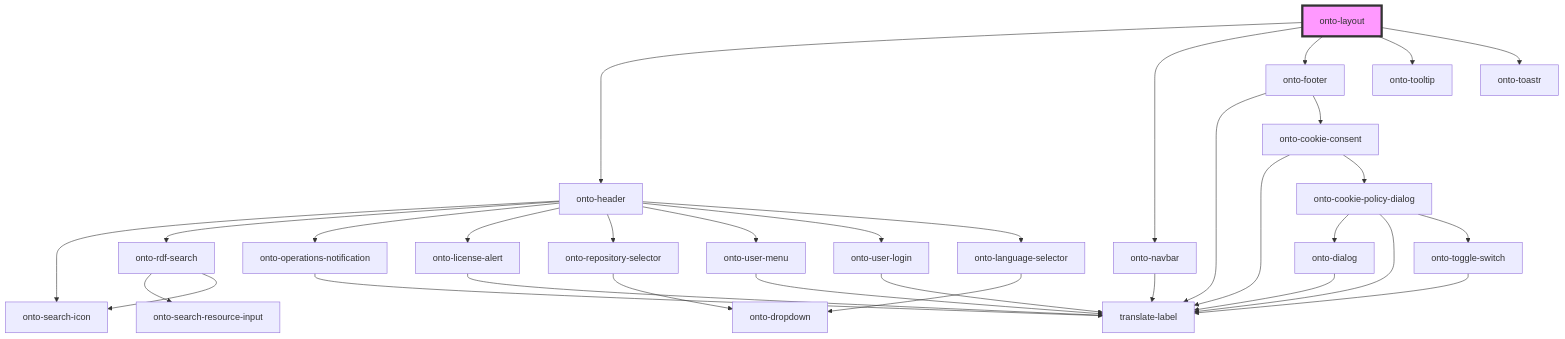
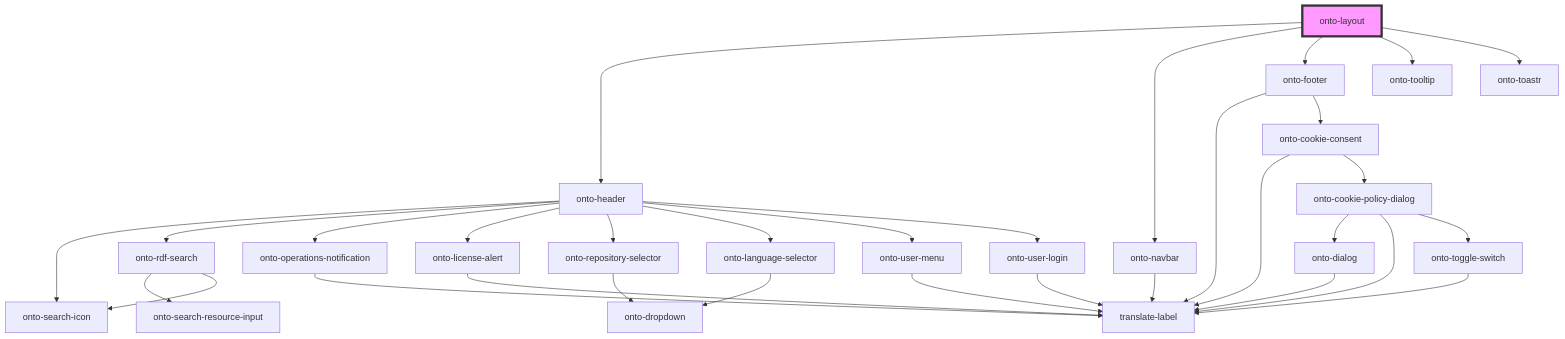
One commit to Ontotext-AD/graphdb-workbench changed the diagram in packages/shared-components/src/components/onto-layout/readme.md. Above: the diagram before and after it, drawn with Mermaid. The commit also changed other lines of this file and 44 other files, not shown here.

````diff
--- a/packages/shared-components/src/components/onto-layout/readme.md
+++ b/packages/shared-components/src/components/onto-layout/readme.md
@@ -19,35 +19,35 @@
 ```mermaid
 graph TD;
   onto-layout --> onto-header
   onto-layout --> onto-navbar
   onto-layout --> onto-footer
   onto-layout --> onto-tooltip
   onto-layout --> onto-toastr
   onto-header --> onto-search-icon
   onto-header --> onto-rdf-search
   onto-header --> onto-operations-notification
   onto-header --> onto-license-alert
   onto-header --> onto-repository-selector
+  onto-header --> onto-language-selector
   onto-header --> onto-user-menu
   onto-header --> onto-user-login
-  onto-header --> onto-language-selector
   onto-rdf-search --> onto-search-resource-input
   onto-rdf-search --> onto-search-icon
   onto-operations-notification --> translate-label
   onto-license-alert --> translate-label
   onto-repository-selector --> onto-dropdown
+  onto-language-selector --> onto-dropdown
   onto-user-menu --> translate-label
   onto-user-login --> translate-label
-  onto-language-selector --> onto-dropdown
   onto-navbar --> translate-label
   onto-footer --> translate-label
   onto-footer --> onto-cookie-consent
   onto-cookie-consent --> translate-label
   onto-cookie-consent --> onto-cookie-policy-dialog
   onto-cookie-policy-dialog --> onto-dialog
   onto-cookie-policy-dialog --> translate-label
   onto-cookie-policy-dialog --> onto-toggle-switch
   onto-dialog --> translate-label
   onto-toggle-switch --> translate-label
   style onto-layout fill:#f9f,stroke:#333,stroke-width:4px
 ```
````
